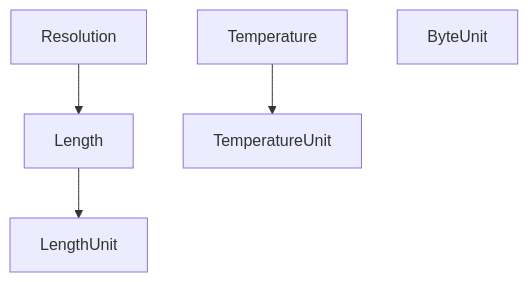
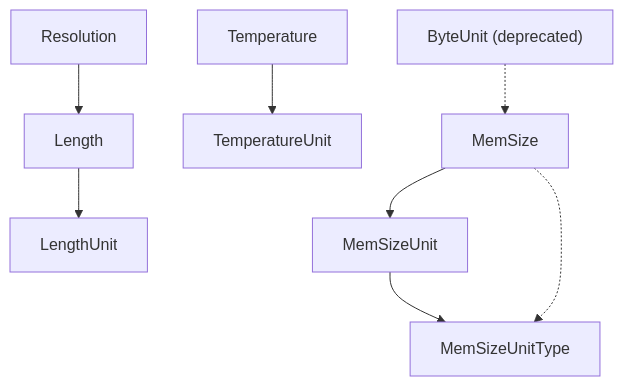
The third of 4 diagrams in ueberblick.md (ESPe71/math-tools), drawn with Mermaid before and after one commit. The commit also changed other lines of this file and 2 other files, not shown here.

Commit message:
ByteUnit als deprecated markiert (Verweis auf MemSize), ueberblick.md aktualisiert

````diff
--- a/ueberblick.md
+++ b/ueberblick.md
@@ -29,7 +29,10 @@
 ```mermaid
 graph TD
   Length --> LengthUnit
   Resolution --> Length
   Temperature --> TemperatureUnit
-  ByteUnit
+  MemSize --> MemSizeUnit
+  MemSizeUnit --> MemSizeUnitType
+  MemSize -.-> MemSizeUnitType
+  ByteUnit["ByteUnit (deprecated)"] -.-> MemSize
 ```
````
